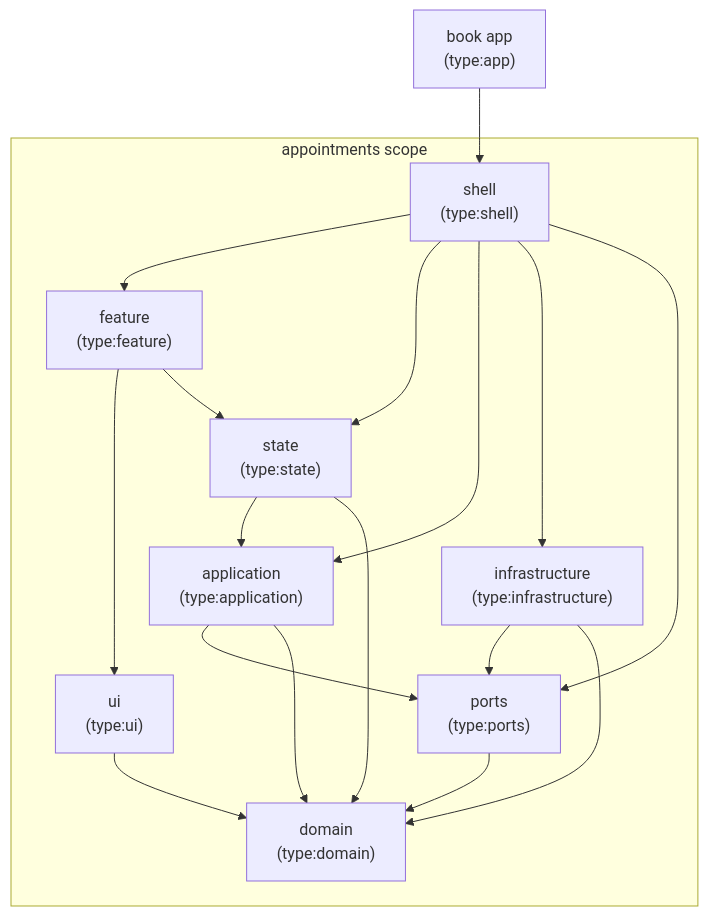
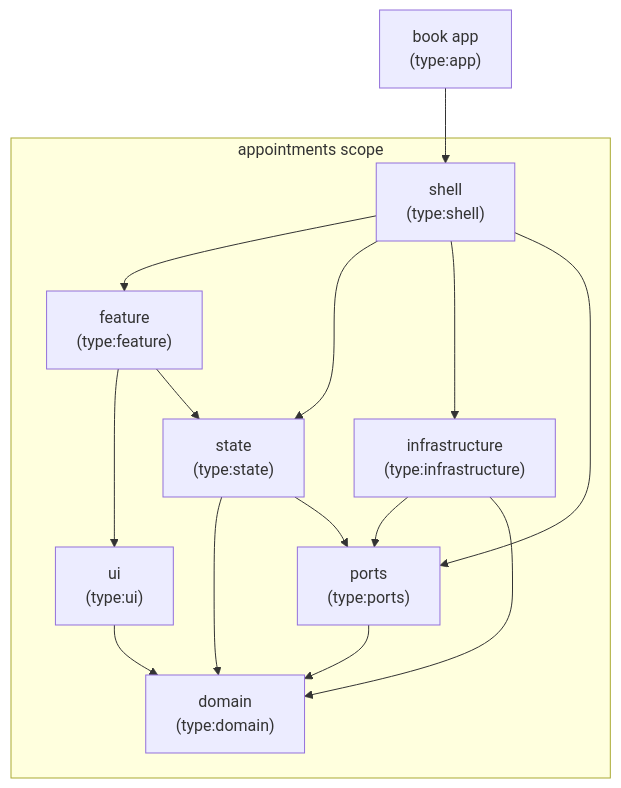
The first of 3 diagrams in README.md (Gillesf31/hexa), drawn with Mermaid before and after one commit. The commit also changed other lines of this file and 1 other file, not shown here.

````diff
--- a/README.md
+++ b/README.md
@@ -18,32 +19,28 @@
 ```mermaid
 flowchart TB
   APP["book app\n(type:app)"]
 
   subgraph APPOINTMENTS["appointments scope"]
     SHELL["shell\n(type:shell)"]
     FEATURE["feature\n(type:feature)"]
     UI["ui\n(type:ui)"]
     STATE["state\n(type:state)"]
-    APPLICATION["application\n(type:application)"]
     INFRA["infrastructure\n(type:infrastructure)"]
     PORTS["ports\n(type:ports)"]
     DOMAIN["domain\n(type:domain)"]
   end
 
   APP --> SHELL
   SHELL --> FEATURE
   SHELL --> STATE
-  SHELL --> APPLICATION
   SHELL --> INFRA
   SHELL --> PORTS
   FEATURE --> UI
   FEATURE --> STATE
   UI --> DOMAIN
-  STATE --> APPLICATION
   STATE --> DOMAIN
-  APPLICATION --> PORTS
-  APPLICATION --> DOMAIN
+  STATE --> PORTS
   INFRA --> PORTS
   INFRA --> DOMAIN
   PORTS --> DOMAIN
 ```
````
